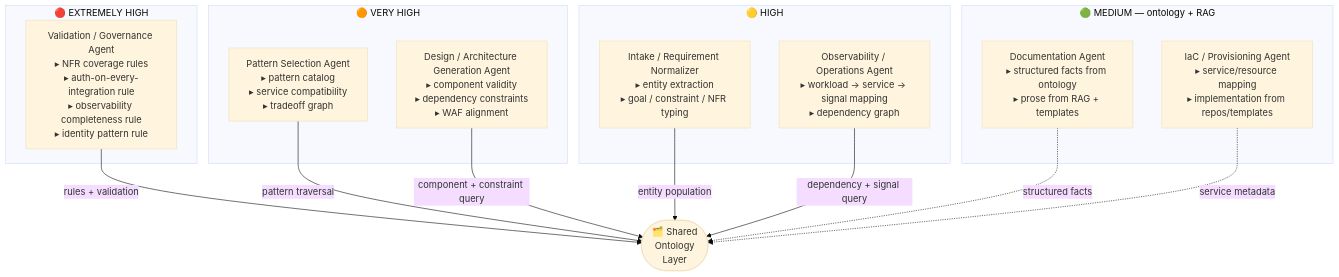
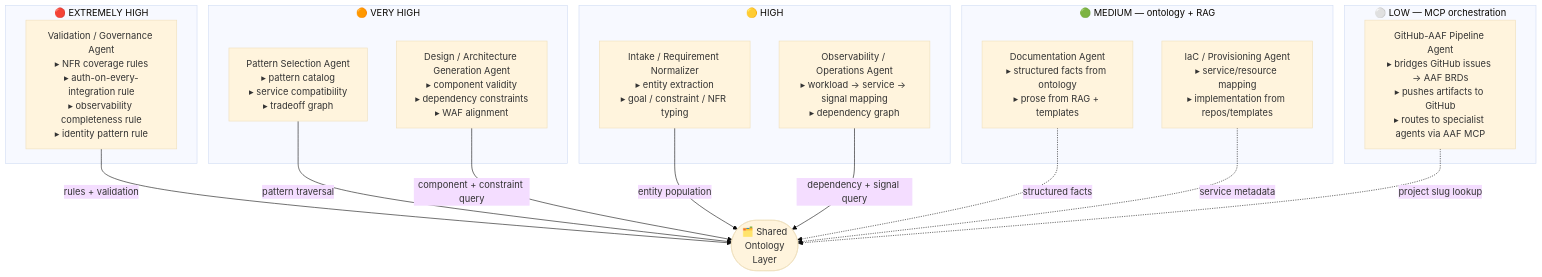
One commit to fbabaei/azure-architecture-factory changed the fifth of 6 diagrams in docs/AAF_ONTOLOGY_DIAGRAMS.md. Above: the diagram before and after it, drawn with Mermaid (base theme). The commit also changed other lines of this file and 1 other file, not shown here.

Commit message:
docs(ontology): update ontology models and scoping diagram for GitHub MCP integration

````diff
--- a/docs/AAF_ONTOLOGY_DIAGRAMS.md
+++ b/docs/AAF_ONTOLOGY_DIAGRAMS.md
@@ -281,28 +312,32 @@
 ```mermaid
 graph TB
     subgraph EH["🔴 EXTREMELY HIGH"]
         AG4["Validation / Governance Agent\n▸ NFR coverage rules\n▸ auth-on-every-integration rule\n▸ observability completeness rule\n▸ identity pattern rule"]
     end
     subgraph VH["🟠 VERY HIGH"]
         AG2["Pattern Selection Agent\n▸ pattern catalog\n▸ service compatibility\n▸ tradeoff graph"]
         AG3["Design / Architecture Generation Agent\n▸ component validity\n▸ dependency constraints\n▸ WAF alignment"]
     end
     subgraph HH["🟡 HIGH"]
         AG1["Intake / Requirement Normalizer\n▸ entity extraction\n▸ goal / constraint / NFR typing"]
         AG7["Observability / Operations Agent\n▸ workload → service → signal mapping\n▸ dependency graph"]
     end
     subgraph MH["🟢 MEDIUM — ontology + RAG"]
         AG5["Documentation Agent\n▸ structured facts from ontology\n▸ prose from RAG + templates"]
         AG6["IaC / Provisioning Agent\n▸ service/resource mapping\n▸ implementation from repos/templates"]
     end
+    subgraph LW["⚪ LOW — MCP orchestration"]
+        AG8["GitHub-AAF Pipeline Agent\n▸ bridges GitHub issues → AAF BRDs\n▸ pushes artifacts to GitHub\n▸ routes to specialist agents via AAF MCP"]
+    end
 
     Ontology(["🗂️ Shared\nOntology\nLayer"])
 
     AG4 -->|rules + validation| Ontology
     AG2 -->|pattern traversal| Ontology
     AG3 -->|component + constraint query| Ontology
     AG1 -->|entity population| Ontology
     AG7 -->|dependency + signal query| Ontology
     AG5 -.->|structured facts| Ontology
     AG6 -.->|service metadata| Ontology
+    AG8 -.->|project slug lookup| Ontology
 ```
````
